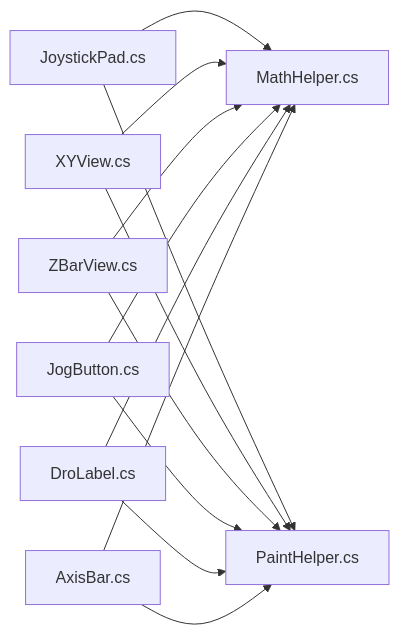
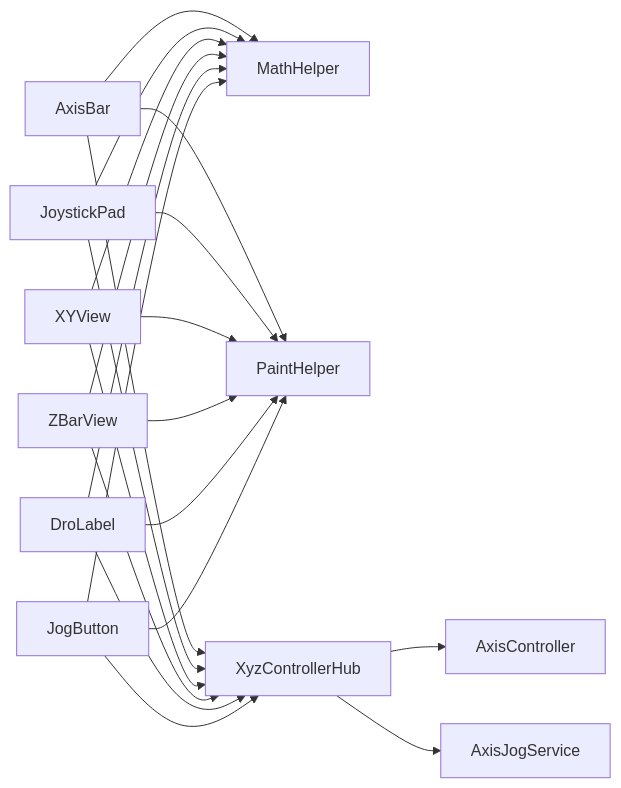
Before and after one commit to fuweiq94-cloud/3399180760: the ninth of 9 diagrams in .qoder/repowiki/zh/content/自定义控件库/自定义控件库.md, drawn with Mermaid. The commit also changed other lines of this file and 94 other files, not shown here.

First line of the commit message:
docs(api): 添加完整 XyzController API 接口文档

````diff
--- a/.qoder/repowiki/zh/content/自定义控件库/自定义控件库.md
+++ b/.qoder/repowiki/zh/content/自定义控件库/自定义控件库.md
@@ -387,15 +383,23 @@
 ```mermaid
 graph LR
-JP["JoystickPad.cs"] --> MH["MathHelper.cs"]
-JP --> PH["PaintHelper.cs"]
-XY["XYView.cs"] --> MH
+AB["AxisBar"] --> MH["MathHelper"]
+AB --> PH["PaintHelper"]
+JP["JoystickPad"] --> MH
+JP --> PH
+XY["XYView"] --> MH
 XY --> PH
-ZB["ZBarView.cs"] --> MH
+ZB["ZBarView"] --> MH
 ZB --> PH
-JB["JogButton.cs"] --> MH
+DL["DroLabel"] --> MH
+DL --> PH
+JB["JogButton"] --> MH
 JB --> PH
-DL["DroLabel.cs"] --> MH
-DL --> PH
-AB["AxisBar.cs"] --> MH
-AB --> PH
+AB --> HUB["XyzControllerHub"]
+JP --> HUB
+XY --> HUB
+ZB --> HUB
+DL --> HUB
+JB --> HUB
+HUB --> AC["AxisController"]
+HUB --> AJ["AxisJogService"]
 ```
````
